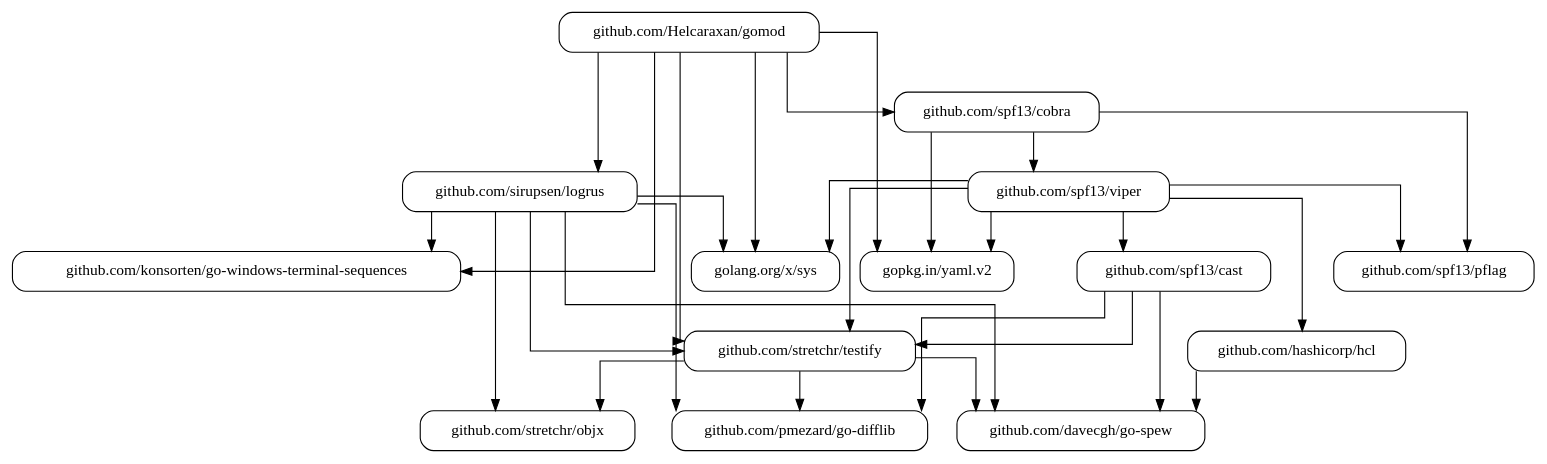
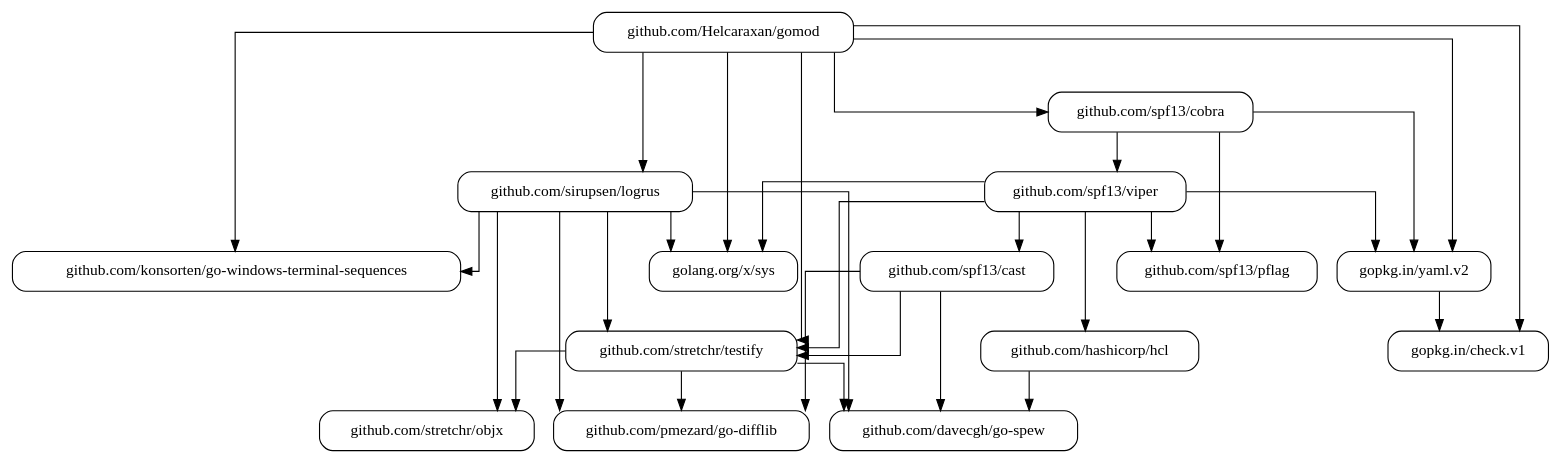
The diagram in images/shared-dependencies.dot (Helcaraxan/gomod), drawn with Graphviz before and after one commit. The commit also changed 7 other files, not shown here.

```diff
--- a/images/shared-dependencies.dot
+++ b/images/shared-dependencies.dot
@@ -1,47 +1,50 @@
 strict digraph {
   node [shape=box,style=rounded]
   start=0
   splines=ortho
   "github.com/Helcaraxan/gomod"
   "github.com/stretchr/testify"
   "golang.org/x/sys"
   "github.com/konsorten/go-windows-terminal-sequences"
   "gopkg.in/yaml.v2"
+  "gopkg.in/check.v1"
   "github.com/sirupsen/logrus"
   "github.com/spf13/cobra"
   "github.com/davecgh/go-spew"
   "github.com/pmezard/go-difflib"
   "github.com/stretchr/objx"
   "github.com/spf13/pflag"
   "github.com/spf13/viper"
   "github.com/hashicorp/hcl"
   "github.com/spf13/cast"
   "github.com/Helcaraxan/gomod" -> "github.com/konsorten/go-windows-terminal-sequences" [minlen=2]
   "github.com/Helcaraxan/gomod" -> "github.com/sirupsen/logrus"
   "github.com/Helcaraxan/gomod" -> "github.com/spf13/cobra"
   "github.com/Helcaraxan/gomod" -> "github.com/stretchr/testify" [minlen=3]
   "github.com/Helcaraxan/gomod" -> "golang.org/x/sys" [minlen=3]
+  "github.com/Helcaraxan/gomod" -> "gopkg.in/check.v1" [minlen=4]
   "github.com/Helcaraxan/gomod" -> "gopkg.in/yaml.v2" [minlen=3]
   "github.com/hashicorp/hcl" -> "github.com/davecgh/go-spew"
   "github.com/sirupsen/logrus" -> "github.com/davecgh/go-spew" [minlen=2]
   "github.com/sirupsen/logrus" -> "github.com/konsorten/go-windows-terminal-sequences"
   "github.com/sirupsen/logrus" -> "github.com/pmezard/go-difflib" [minlen=2]
   "github.com/sirupsen/logrus" -> "github.com/stretchr/objx" [minlen=2]
   "github.com/sirupsen/logrus" -> "github.com/stretchr/testify"
   "github.com/sirupsen/logrus" -> "golang.org/x/sys"
   "github.com/spf13/cast" -> "github.com/davecgh/go-spew" [minlen=2]
   "github.com/spf13/cast" -> "github.com/pmezard/go-difflib" [minlen=2]
   "github.com/spf13/cast" -> "github.com/stretchr/testify"
   "github.com/spf13/cobra" -> "github.com/spf13/pflag" [minlen=2]
   "github.com/spf13/cobra" -> "github.com/spf13/viper"
   "github.com/spf13/cobra" -> "gopkg.in/yaml.v2" [minlen=2]
   "github.com/spf13/viper" -> "github.com/hashicorp/hcl"
   "github.com/spf13/viper" -> "github.com/spf13/cast"
   "github.com/spf13/viper" -> "github.com/spf13/pflag"
   "github.com/spf13/viper" -> "github.com/stretchr/testify" [minlen=2]
   "github.com/spf13/viper" -> "golang.org/x/sys"
   "github.com/spf13/viper" -> "gopkg.in/yaml.v2"
   "github.com/stretchr/testify" -> "github.com/davecgh/go-spew"
   "github.com/stretchr/testify" -> "github.com/pmezard/go-difflib"
   "github.com/stretchr/testify" -> "github.com/stretchr/objx"
+  "gopkg.in/yaml.v2" -> "gopkg.in/check.v1"
 }
```
